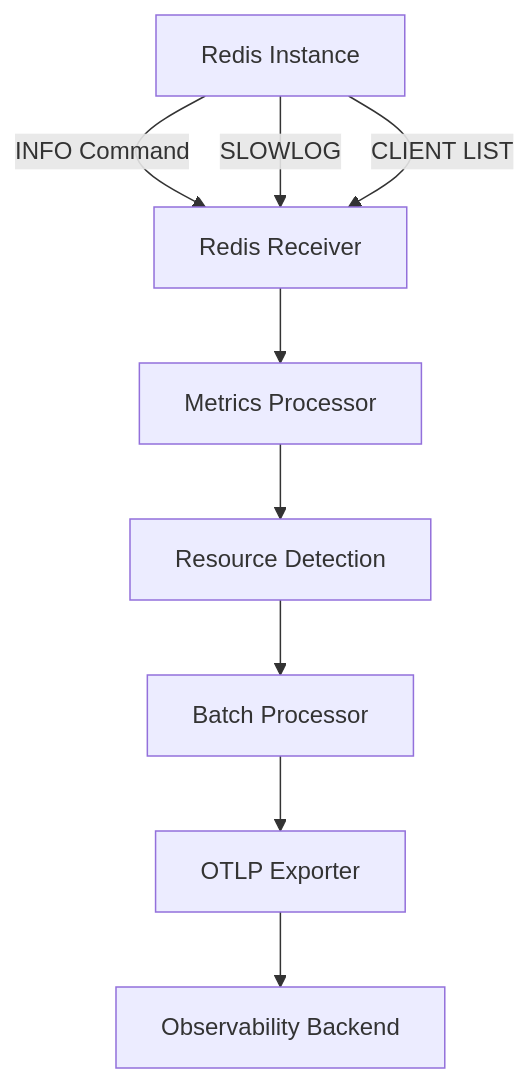
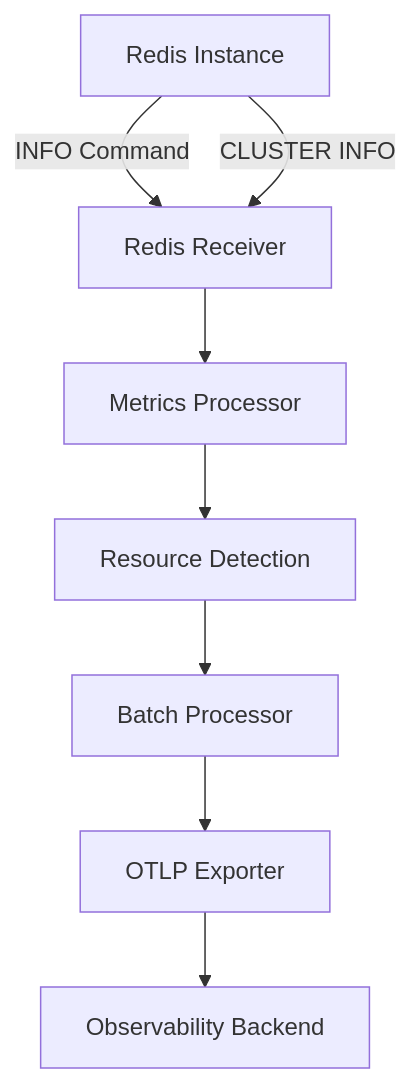
The diagram in posts/2026-02-06-redis-receiver-opentelemetry-collector/README.md (OneUptime/blog), drawn with Mermaid before and after one commit. The commit also changed other lines of this file and 2 other files, not shown here.

````diff
--- a/posts/2026-02-06-redis-receiver-opentelemetry-collector/README.md
+++ b/posts/2026-02-06-redis-receiver-opentelemetry-collector/README.md
@@ -17,11 +17,10 @@
 ```mermaid
 graph TD
     A[Redis Instance] -->|INFO Command| B[Redis Receiver]
-    A -->|SLOWLOG| B
-    A -->|CLIENT LIST| B
+    A -->|CLUSTER INFO| B
     B --> C[Metrics Processor]
     C --> D[Resource Detection]
     D --> E[Batch Processor]
     E --> F[OTLP Exporter]
     F --> G[Observability Backend]
 ```
````
